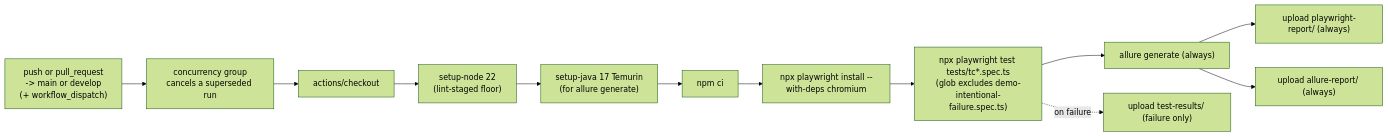
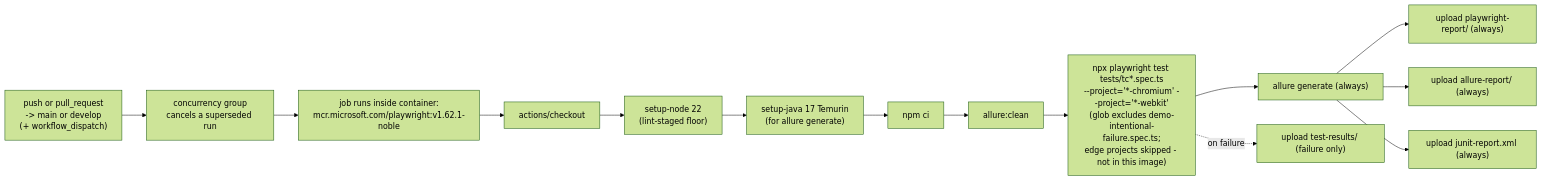
The sixth of 7 diagrams in docs/ARCHITECTURE.md (anuragsharma1098/playwright-automation), drawn with Mermaid (forest theme) before and after one commit. The commit also changed other lines of this file and 1 other file, not shown here.

````diff
--- a/docs/ARCHITECTURE.md
+++ b/docs/ARCHITECTURE.md
@@ -266,14 +266,16 @@
 ```mermaid
 flowchart LR
     TRIGGER["push or pull_request<br/>-> main or develop<br/>(+ workflow_dispatch)"] --> CONC["concurrency group<br/>cancels a superseded run"]
-    CONC --> CHECKOUT["actions/checkout"]
+    CONC --> JOB["job runs inside container:<br/>mcr.microsoft.com/playwright:v1.62.1-noble"]
+    JOB --> CHECKOUT["actions/checkout"]
     CHECKOUT --> NODE["setup-node 22<br/>(lint-staged floor)"]
     NODE --> JAVA["setup-java 17 Temurin<br/>(for allure generate)"]
     JAVA --> CI["npm ci"]
-    CI --> BROWSERS["npx playwright install --with-deps chromium"]
-    BROWSERS --> RUN["npx playwright test tests/tc*.spec.ts<br/>(glob excludes demo-intentional-failure.spec.ts)"]
+    CI --> ALLUREPRE["allure:clean"]
+    ALLUREPRE --> RUN["npx playwright test tests/tc*.spec.ts<br/>--project='*-chromium' --project='*-webkit'<br/>(glob excludes demo-intentional-failure.spec.ts;<br/>edge projects skipped - not in this image)"]
     RUN --> ALLUREGEN["allure generate (always)"]
     ALLUREGEN --> ART1["upload playwright-report/ (always)"]
     ALLUREGEN --> ART2["upload allure-report/ (always)"]
-    RUN -.on failure.-> ART3["upload test-results/ (failure only)"]
+    ALLUREGEN --> ART3["upload junit-report.xml (always)"]
+    RUN -.on failure.-> ART4["upload test-results/ (failure only)"]
 ```
````
